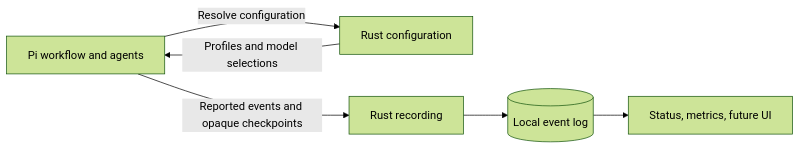
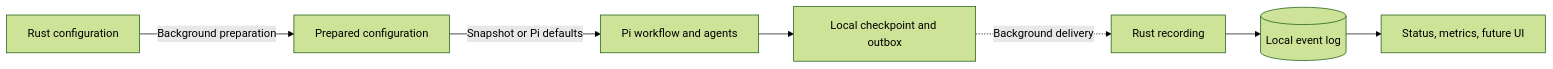
Before and after one commit to xpersh/xper: the diagram in docs/rfcs/0006-configuration-recording-and-adapter-workflows.md, drawn with Mermaid (forest theme). The commit also changed other lines of this file and 25 other files, not shown here.

Commit message:
fix: keep Rust telemetry off Pi workflow execution path

````diff
--- a/docs/rfcs/0006-configuration-recording-and-adapter-workflows.md
+++ b/docs/rfcs/0006-configuration-recording-and-adapter-workflows.md
@@ -29,8 +35,9 @@
 ```mermaid
 flowchart LR
-    Pi[Pi workflow and agents] -->|Resolve configuration| Config[Rust configuration]
-    Config -->|Profiles and model selections| Pi
-    Pi -->|Reported events and opaque checkpoints| Record[Rust recording]
+    Config[Rust configuration] -->|Background preparation| Prepared[Prepared configuration]
+    Prepared -->|Snapshot or Pi defaults| Pi[Pi workflow and agents]
+    Pi --> Local[Local checkpoint and outbox]
+    Local -. Background delivery .-> Record[Rust recording]
     Record --> Store[(Local event log)]
     Store --> Views[Status, metrics, future UI]
 ```
````
